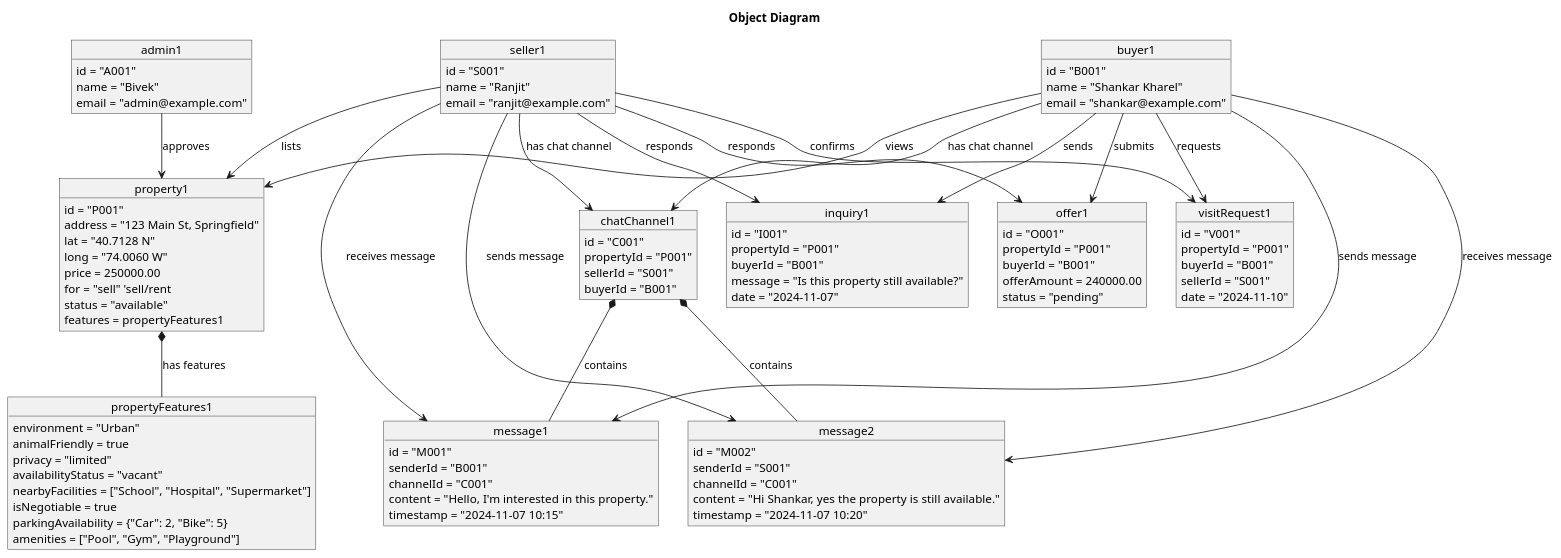
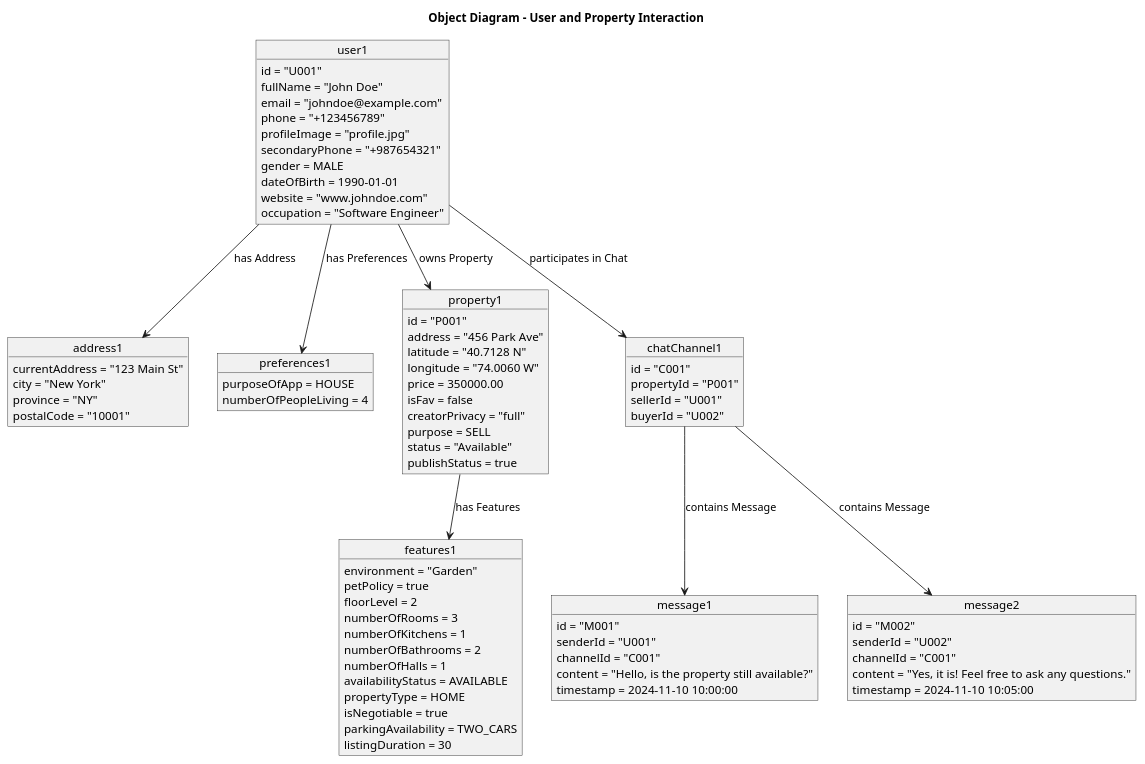
Before and after one commit to shankarkharel/Realestate-elaboration: the diagram in Object/ObjectDiagram.puml, drawn with PlantUML. The commit also changed 1 other file, not shown here.

Commit message:
updated classes

```diff
--- a/Object/ObjectDiagram.puml
+++ b/Object/ObjectDiagram.puml
@@ -1,116 +1,97 @@
-@startuml RealEstateApplicationObjectDiagram
-title Object Diagram 
+@startuml
 
+title Object Diagram - User and Property Interaction
 
-' Define instances for main classes
-object buyer1 {
-    id = "B001"
-    name = "Shankar Kharel"
-    email = "shankar@example.com"
+' Sample User Object
+object user1 {
+    id = "U001"
+    fullName = "John Doe"
+    email = "johndoe@example.com"
+    phone = "+123456789"
+    profileImage = "profile.jpg"
+    secondaryPhone = "+987654321"
+    gender = MALE
+    dateOfBirth = 1990-01-01
+    website = "www.johndoe.com"
+    occupation = "Software Engineer"
 }
 
-object seller1 {
-    id = "S001"
-    name = "Ranjit"
-    email = "ranjit@example.com"
+' Sample AddressInformation Object for the User
+object address1 {
+    currentAddress = "123 Main St"
+    city = "New York"
+    province = "NY"
+    postalCode = "10001"
 }
 
-object admin1 {
-    id = "A001"
-    name = "Bivek"
-    email = "admin@example.com"
+' Sample AppPreferences Object for the User
+object preferences1 {
+    purposeOfApp = HOUSE
+    numberOfPeopleLiving = 4
 }
 
+' Sample Property Object
 object property1 {
     id = "P001"
-    address = "123 Main St, Springfield"
-    lat = "40.7128 N"
-    long = "74.0060 W"
-    price = 250000.00
-    for = "sell" 'sell/rent
-    status = "available"
-    features = propertyFeatures1
+    address = "456 Park Ave"
+    latitude = "40.7128 N"
+    longitude = "74.0060 W"
+    price = 350000.00
+    isFav = false
+    creatorPrivacy = "full"
+    purpose = SELL
+    status = "Available"
+    publishStatus = true
 }
 
-object propertyFeatures1 {
-    environment = "Urban"
-    animalFriendly = true
-    privacy = "limited"
-    availabilityStatus = "vacant"
-    nearbyFacilities = ["School", "Hospital", "Supermarket"]
+' Sample PropertyFeatures Object for the Property
+object features1 {
+    environment = "Garden"
+    petPolicy = true
+    floorLevel = 2
+    numberOfRooms = 3
+    numberOfKitchens = 1
+    numberOfBathrooms = 2
+    numberOfHalls = 1
+    availabilityStatus = AVAILABLE
+    propertyType = HOME
     isNegotiable = true
-    parkingAvailability = {"Car": 2, "Bike": 5}
-    amenities = ["Pool", "Gym", "Playground"]
+    parkingAvailability = TWO_CARS
+    listingDuration = 30
 }
 
-object inquiry1 {
-    id = "I001"
-    propertyId = "P001"
-    buyerId = "B001"
-    message = "Is this property still available?"
-    date = "2024-11-07"
-}
-
-object offer1 {
-    id = "O001"
-    propertyId = "P001"
-    buyerId = "B001"
-    offerAmount = 240000.00
-    status = "pending"
-}
-
-object visitRequest1 {
-    id = "V001"
-    propertyId = "P001"
-    buyerId = "B001"
-    sellerId = "S001"
-    date = "2024-11-10"
-}
-
+' Sample ChatChannel Object
 object chatChannel1 {
     id = "C001"
     propertyId = "P001"
-    sellerId = "S001"
-    buyerId = "B001"
+    sellerId = "U001"
+    buyerId = "U002"
 }
 
+' Sample Message Objects in ChatChannel
 object message1 {
     id = "M001"
-    senderId = "B001"
+    senderId = "U001"
     channelId = "C001"
-    content = "Hello, I'm interested in this property."
-    timestamp = "2024-11-07 10:15"
+    content = "Hello, is the property still available?"
+    timestamp = 2024-11-10 10:00:00
 }
 
 object message2 {
     id = "M002"
-    senderId = "S001"
+    senderId = "U002"
     channelId = "C001"
-    content = "Hi Shankar, yes the property is still available."
-    timestamp = "2024-11-07 10:20"
+    content = "Yes, it is! Feel free to ask any questions."
+    timestamp = 2024-11-10 10:05:00
 }
 
 ' Relationships
-buyer1 --> property1 : "views"
-buyer1 --> inquiry1 : "sends"
-buyer1 --> offer1 : "submits"
-buyer1 --> visitRequest1 : "requests"
-buyer1 --> chatChannel1 : "has chat channel"
-buyer1 --> message1 : "sends message"
-buyer1 --> message2 : "receives message"
-
-seller1 --> property1 : "lists"
-seller1 --> inquiry1 : "responds"
-seller1 --> offer1 : "responds"
-seller1 --> visitRequest1 : "confirms"
-seller1 --> chatChannel1 : "has chat channel"
-seller1 --> message1 : "receives message"
-seller1 --> message2 : "sends message"
-
-admin1 --> property1 : "approves"
-
-property1 *-- propertyFeatures1 : "has features"
-chatChannel1 *-- message1 : "contains"
-chatChannel1 *-- message2 : "contains"
+user1 --> address1 : "has Address"
+user1 --> preferences1 : "has Preferences"
+user1 --> property1 : "owns Property"
+property1 --> features1 : "has Features"
+user1 --> chatChannel1 : "participates in Chat"
+chatChannel1 --> message1 : "contains Message"
+chatChannel1 --> message2 : "contains Message"
 
 @enduml
```
